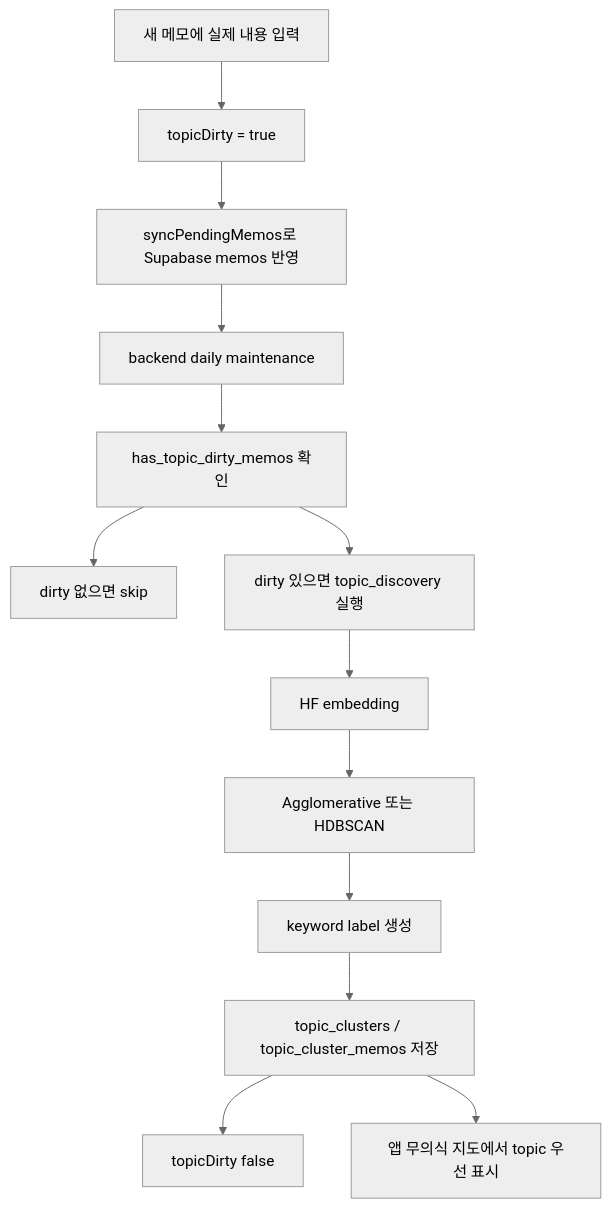
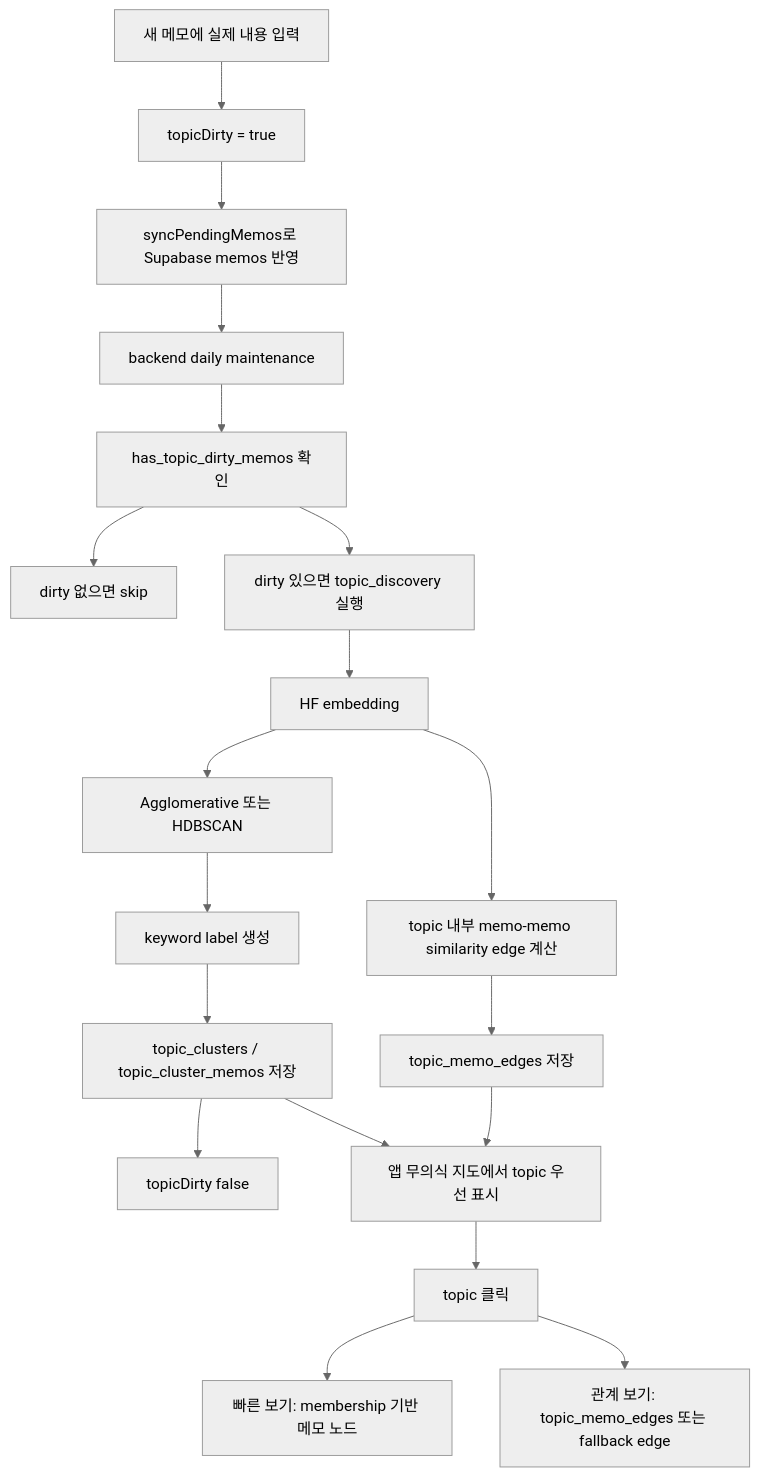
One commit to SUNGHOONOH/Subnota changed the ninth of 12 diagrams in docs/flow.md. Above: the diagram before and after it, drawn with Mermaid (neutral theme). The commit also changed other lines of this file and 93 other files, not shown here.

````diff
--- a/docs/flow.md
+++ b/docs/flow.md
@@ -205,15 +225,21 @@
 ```mermaid
 flowchart TD
   A["새 메모에 실제 내용 입력"] --> B["topicDirty = true"]
   B --> C["syncPendingMemos로 Supabase memos 반영"]
   C --> D["backend daily maintenance"]
   D --> E["has_topic_dirty_memos 확인"]
   E --> F["dirty 없으면 skip"]
   E --> G["dirty 있으면 topic_discovery 실행"]
   G --> H["HF embedding"]
   H --> I["Agglomerative 또는 HDBSCAN"]
   I --> J["keyword label 생성"]
   J --> K["topic_clusters / topic_cluster_memos 저장"]
+  H --> E2["topic 내부 memo-memo similarity edge 계산"]
+  E2 --> K2["topic_memo_edges 저장"]
   K --> L["topicDirty false"]
-  K --> M["앱 무의식 지도에서 topic 우선 표시"]
+  K2 --> M["앱 무의식 지도에서 topic 우선 표시"]
+  K --> M
+  M --> N["topic 클릭"]
+  N --> O["빠른 보기: membership 기반 메모 노드"]
+  N --> P["관계 보기: topic_memo_edges 또는 fallback edge"]
 ```
````
